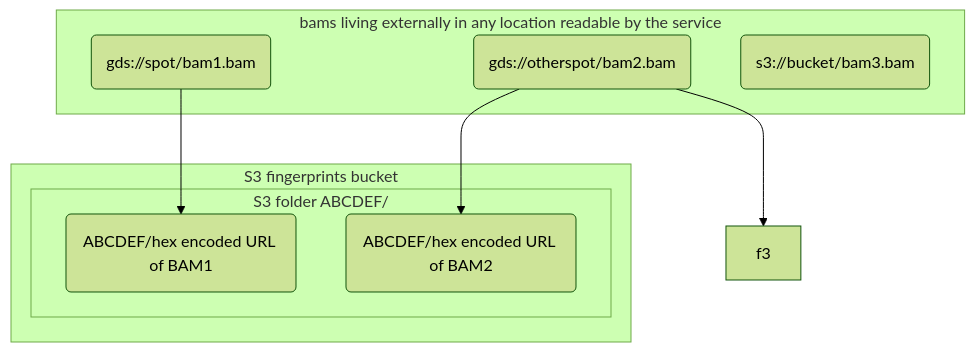
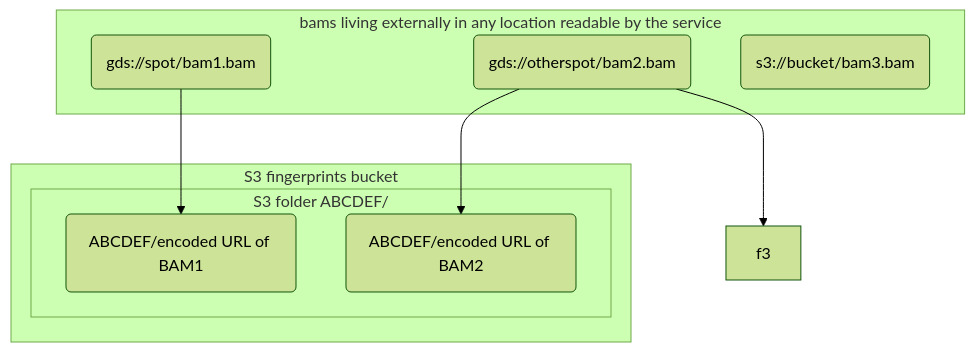
The diagram in README.md (umccr/holmes), drawn with Mermaid (forest theme) before and after one commit. The commit also changed other lines of this file and 11 other files, not shown here.

````diff
--- a/README.md
+++ b/README.md
@@ -78,17 +78,17 @@
 ```mermaid
   graph TD;
       subgraph bams living externally in any location readable by the service
           bam1("gds://spot/bam1.bam")
           bam2("gds://otherspot/bam2.bam")
           bam3("s3://bucket/bam3.bam")
       end
       subgraph S3 fingerprints bucket
         subgraph S3 folder ABCDEF/
-          f1("ABCDEF/hex encoded URL of BAM1")
-          f2("ABCDEF/hex encoded URL of BAM2")
+          f1("ABCDEF/encoded URL of BAM1")
+          f2("ABCDEF/encoded URL of BAM2")
         end
       end
       bam1-->f1
       bam2-->f2
       bam2-->f3
 ```
````
